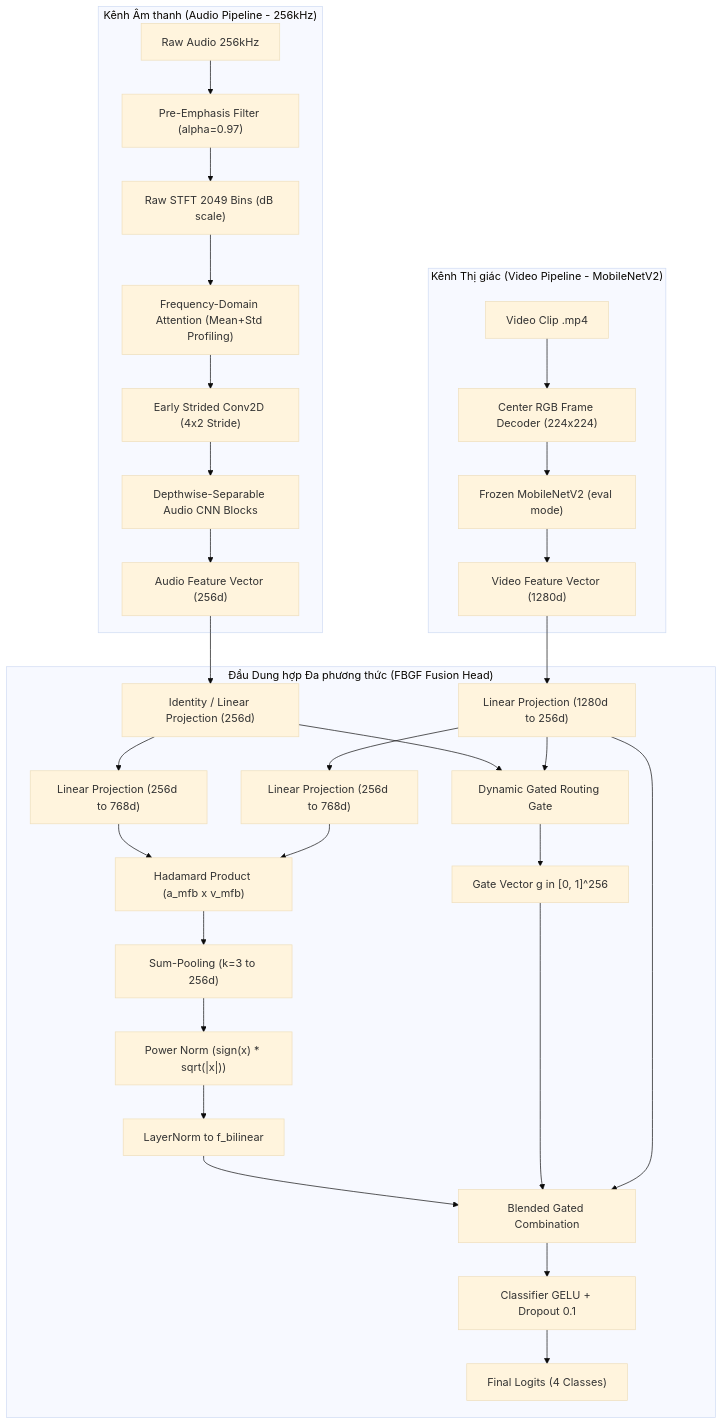
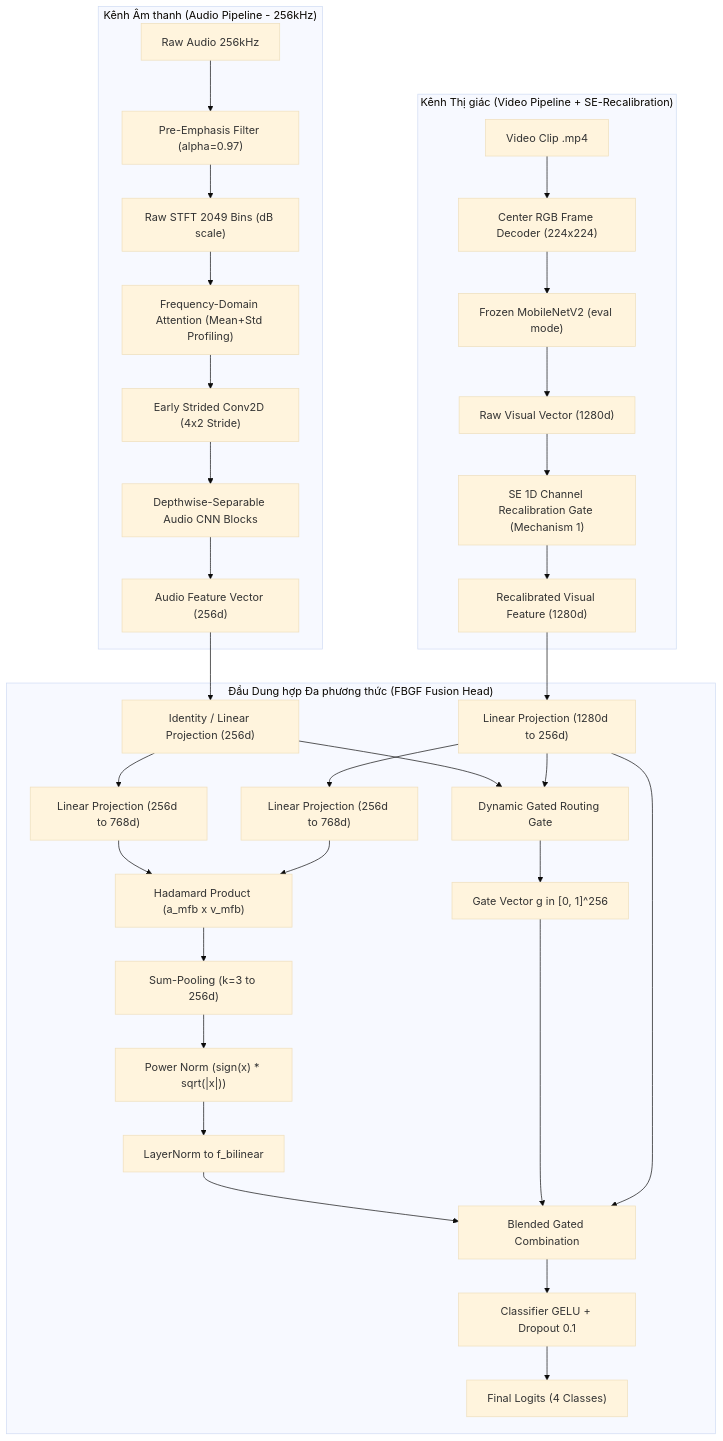
The diagram in ARCHITECTURE_SUMMARY.md (manhmitcf/Multimodal_Custom_Models), drawn with Mermaid (base theme) before and after one commit. The commit also changed other lines of this file and 4 other files, not shown here.

Commit message:
feat(video_attn): implement Mechanism 1 Squeeze-and-Excitation 1D Channel Recalibration for visual feature vector

````diff
--- a/ARCHITECTURE_SUMMARY.md
+++ b/ARCHITECTURE_SUMMARY.md
@@ -18,42 +17,44 @@
 ```mermaid
 graph TD
     subgraph AudioPipeline ["Kênh Âm thanh (Audio Pipeline - 256kHz)"]
         A1["Raw Audio 256kHz"] --> A2["Pre-Emphasis Filter (alpha=0.97)"]
         A2 --> A3["Raw STFT 2049 Bins (dB scale)"]
         A3 --> A4["Frequency-Domain Attention (Mean+Std Profiling)"]
         A4 --> A5["Early Strided Conv2D (4x2 Stride)"]
         A5 --> A6["Depthwise-Separable Audio CNN Blocks"]
         A6 --> AudFeat["Audio Feature Vector (256d)"]
     end
 
-    subgraph VideoPipeline ["Kênh Thị giác (Video Pipeline - MobileNetV2)"]
+    subgraph VideoPipeline ["Kênh Thị giác (Video Pipeline + SE-Recalibration)"]
         V1["Video Clip .mp4"] --> V2["Center RGB Frame Decoder (224x224)"]
         V2 --> V3["Frozen MobileNetV2 (eval mode)"]
-        V3 --> VidFeat["Video Feature Vector (1280d)"]
+        V3 --> VidRaw["Raw Visual Vector (1280d)"]
+        VidRaw --> SE1D["SE 1D Channel Recalibration Gate (Mechanism 1)"]
+        SE1D --> VidFeat["Recalibrated Visual Feature (1280d)"]
     end
 
     subgraph FusionHead ["Đầu Dung hợp Đa phương thức (FBGF Fusion Head)"]
         AudFeat --> AudProj["Identity / Linear Projection (256d)"]
         VidFeat --> VidProj["Linear Projection (1280d to 256d)"]
 
         AudProj --> Gate["Dynamic Gated Routing Gate"]
         VidProj --> Gate
         Gate --> VectorG["Gate Vector g in [0, 1]^256"]
 
         AudProj --> MFB_A["Linear Projection (256d to 768d)"]
         VidProj --> MFB_V["Linear Projection (256d to 768d)"]
 
         MFB_A --> Hadamard["Hadamard Product (a_mfb x v_mfb)"]
         MFB_V --> Hadamard
         Hadamard --> SumPool["Sum-Pooling (k=3 to 256d)"]
         SumPool --> PowerNorm["Power Norm (sign(x) * sqrt(|x|))"]
         PowerNorm --> LayerNorm["LayerNorm to f_bilinear"]
 
         LayerNorm --> GatedBlend["Blended Gated Combination"]
         VectorG --> GatedBlend
         VidProj --> GatedBlend
 
         GatedBlend --> Classifier["Classifier GELU + Dropout 0.1"]
         Classifier --> Logits["Final Logits (4 Classes)"]
     end
 ```
````
